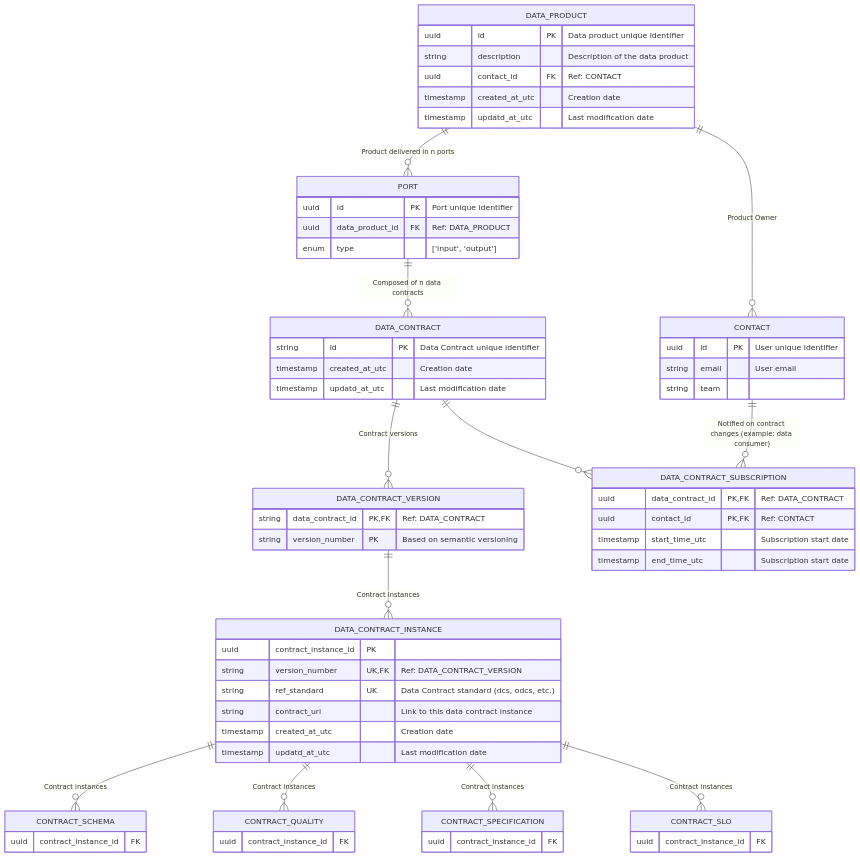
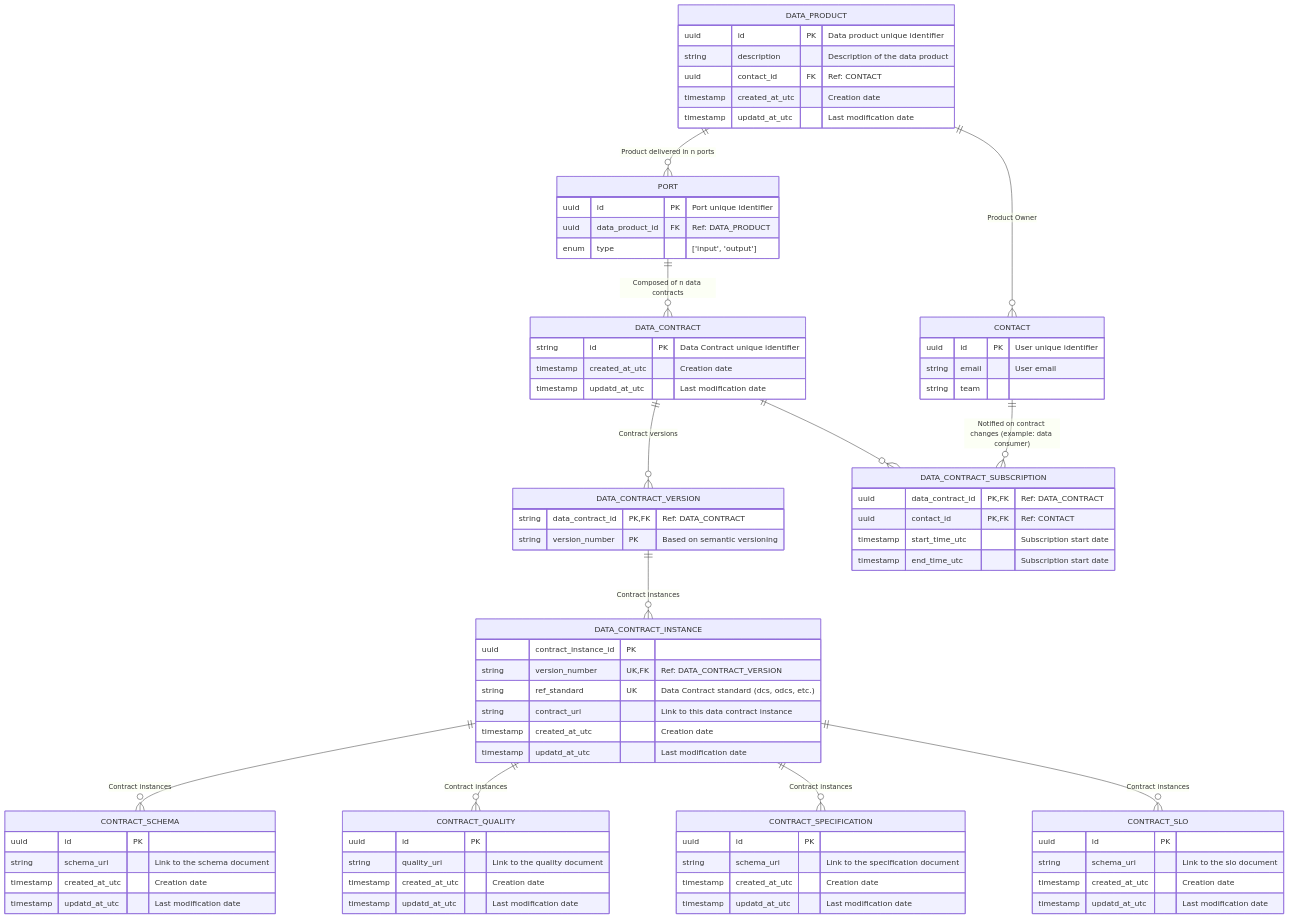
Before and after one commit to monmaya/base-impl: the diagram in docs/relational_model.md, drawn with Mermaid.

```diff
--- a/docs/relational_model.md
+++ b/docs/relational_model.md
@@ -55,16 +55,28 @@
     }
 
     CONTRACT_SCHEMA {
-        uuid contract_instance_id FK    
+        uuid id PK    
+        string schema_uri "Link to the schema document"
+        timestamp created_at_utc "Creation date"
+        timestamp updatd_at_utc "Last modification date"
     }
     CONTRACT_QUALITY {
-        uuid contract_instance_id FK    
+        uuid id PK    
+        string quality_uri "Link to the quality document"
+        timestamp created_at_utc "Creation date"
+        timestamp updatd_at_utc "Last modification date"
     }
     CONTRACT_SPECIFICATION {
-        uuid contract_instance_id FK    
+        uuid id PK    
+        string schema_uri "Link to the specification document"
+        timestamp created_at_utc "Creation date"
+        timestamp updatd_at_utc "Last modification date"
     }
     CONTRACT_SLO {
-        uuid contract_instance_id FK    
+        uuid id PK    
+        string schema_uri "Link to the slo document"
+        timestamp created_at_utc "Creation date"
+        timestamp updatd_at_utc "Last modification date"
     }
 
 
```
